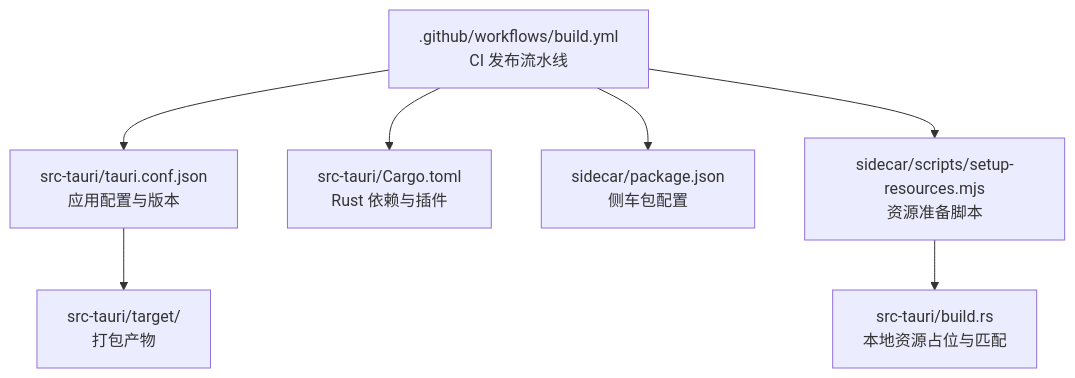
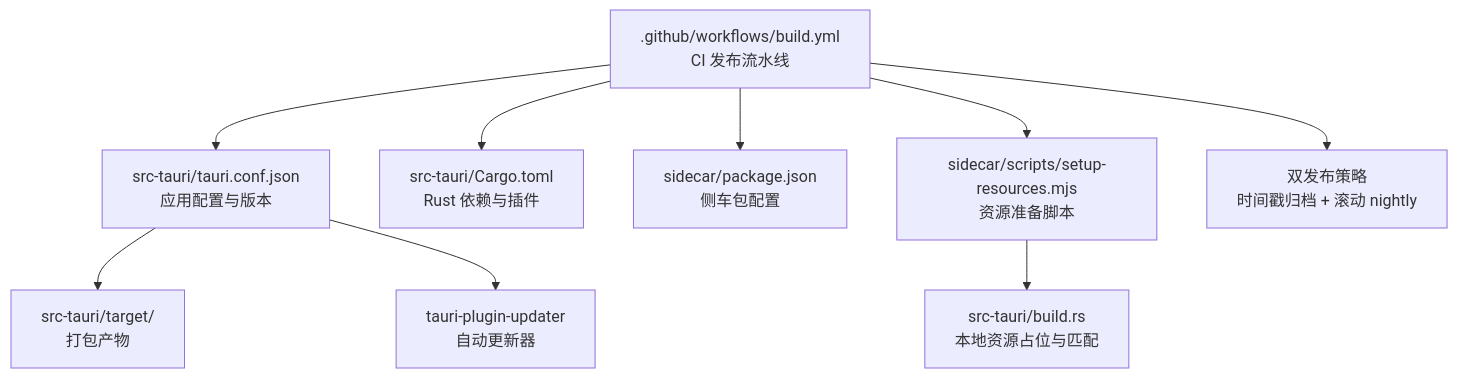
One commit to RabbitAI-Lab/RabbitCoding changed the first of 7 diagrams in .qoder/repowiki/zh/content/部署和发布/发布流程.md. Above: the diagram before and after it, drawn with Mermaid. The commit also changed other lines of this file and 32 other files, not shown here.

````diff
--- a/.qoder/repowiki/zh/content/部署和发布/发布流程.md
+++ b/.qoder/repowiki/zh/content/部署和发布/发布流程.md
@@ -36,9 +47,11 @@
 ```mermaid
 graph TB
 A[".github/workflows/build.yml<br/>CI 发布流水线"] --> B["src-tauri/tauri.conf.json<br/>应用配置与版本"]
 A --> C["src-tauri/Cargo.toml<br/>Rust 依赖与插件"]
 A --> D["sidecar/package.json<br/>侧车包配置"]
 A --> E["sidecar/scripts/setup-resources.mjs<br/>资源准备脚本"]
 E --> F["src-tauri/build.rs<br/>本地资源占位与匹配"]
 B --> G["src-tauri/target/<br/>打包产物"]
+B --> H["tauri-plugin-updater<br/>自动更新器"]
+A --> I["双发布策略<br/>时间戳归档 + 滚动 nightly"]
 ```
````
